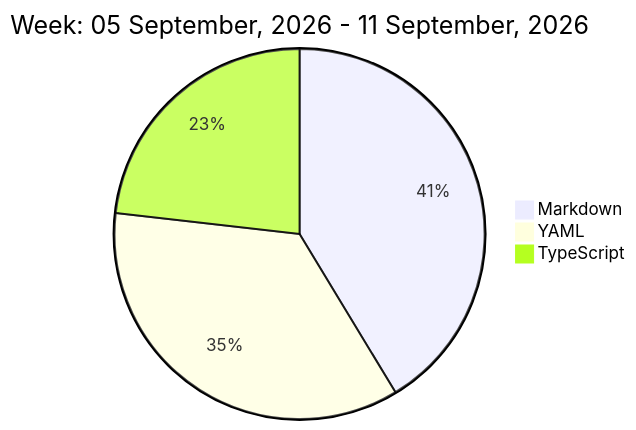
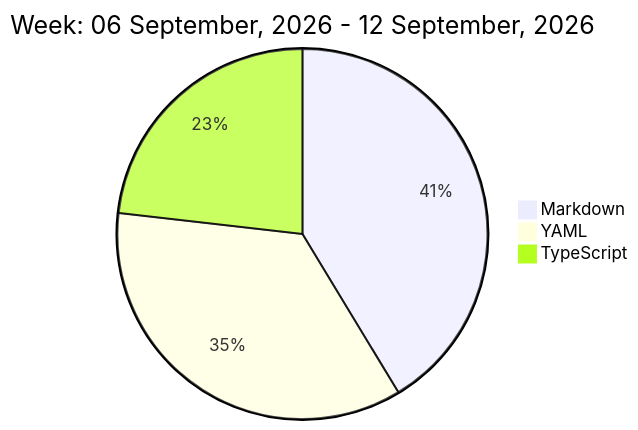
The diagram in README.md (liubin95/liubin95), drawn with Mermaid before and after one commit.

Commit message:
Updated the Graph with new Metrics

````diff
--- a/README.md
+++ b/README.md
@@ -32,7 +32,7 @@
 ```mermaid
  pie
-title Week: 05 September, 2026 - 11 September, 2026
+title Week: 06 September, 2026 - 12 September, 2026
  "Markdown" : 4.6
  "YAML" : 3.95
  "TypeScript" : 2.58
 ```
````
